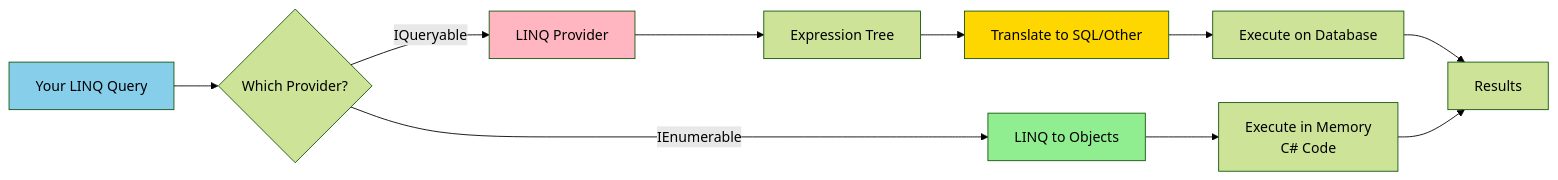
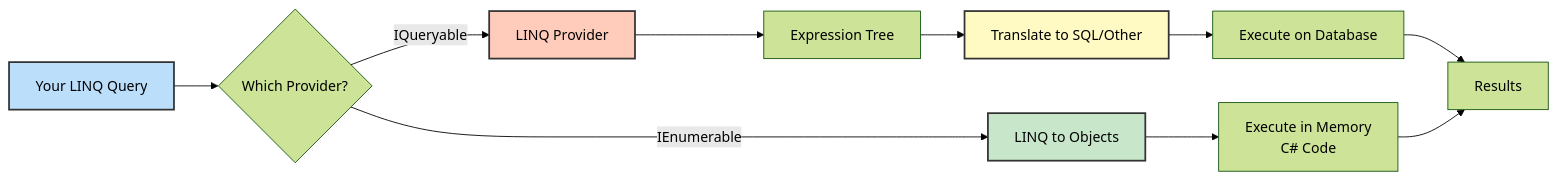
The second of 9 diagrams in C# fundamentals/day04-linq-patterns.md (NguyenPhamCode4You/ai-home-lab-docker-compose), drawn with Mermaid (forest theme) before and after one commit. The commit also changed other lines of this file and 10 other files, not shown here.

````diff
--- a/C# fundamentals/day04-linq-patterns.md
+++ b/C# fundamentals/day04-linq-patterns.md
@@ -91,18 +91,18 @@
 ```mermaid
 graph LR
     A[Your LINQ Query] --> B{Which Provider?}
     B -->|IEnumerable| C[LINQ to Objects]
     B -->|IQueryable| D[LINQ Provider]
 
     C --> E[Execute in Memory<br/>C# Code]
     D --> F[Expression Tree]
     F --> G[Translate to SQL/Other]
     G --> H[Execute on Database]
     H --> I[Results]
     E --> I
 
-    style A fill:#87CEEB
-    style C fill:#90EE90
-    style D fill:#FFB6C1
-    style G fill:#FFD700
+    style A fill:#bbdefb,stroke:#333,stroke-width:2px
+    style C fill:#c8e6c9,stroke:#333,stroke-width:2px
+    style D fill:#ffccbc,stroke:#333,stroke-width:2px
+    style G fill:#fff9c4,stroke:#333,stroke-width:2px
 ```
````
